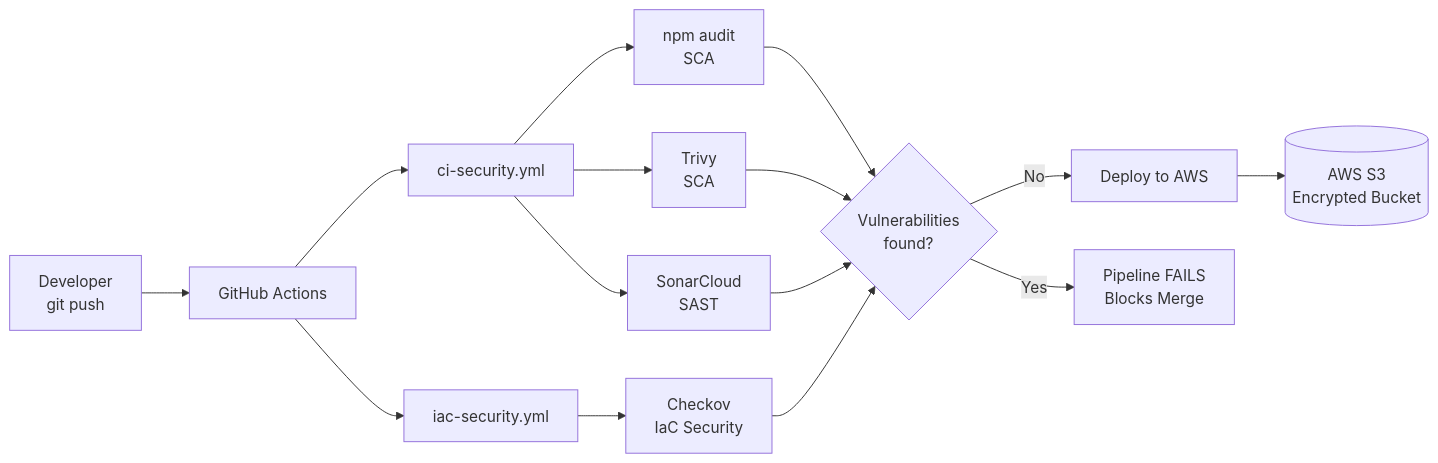
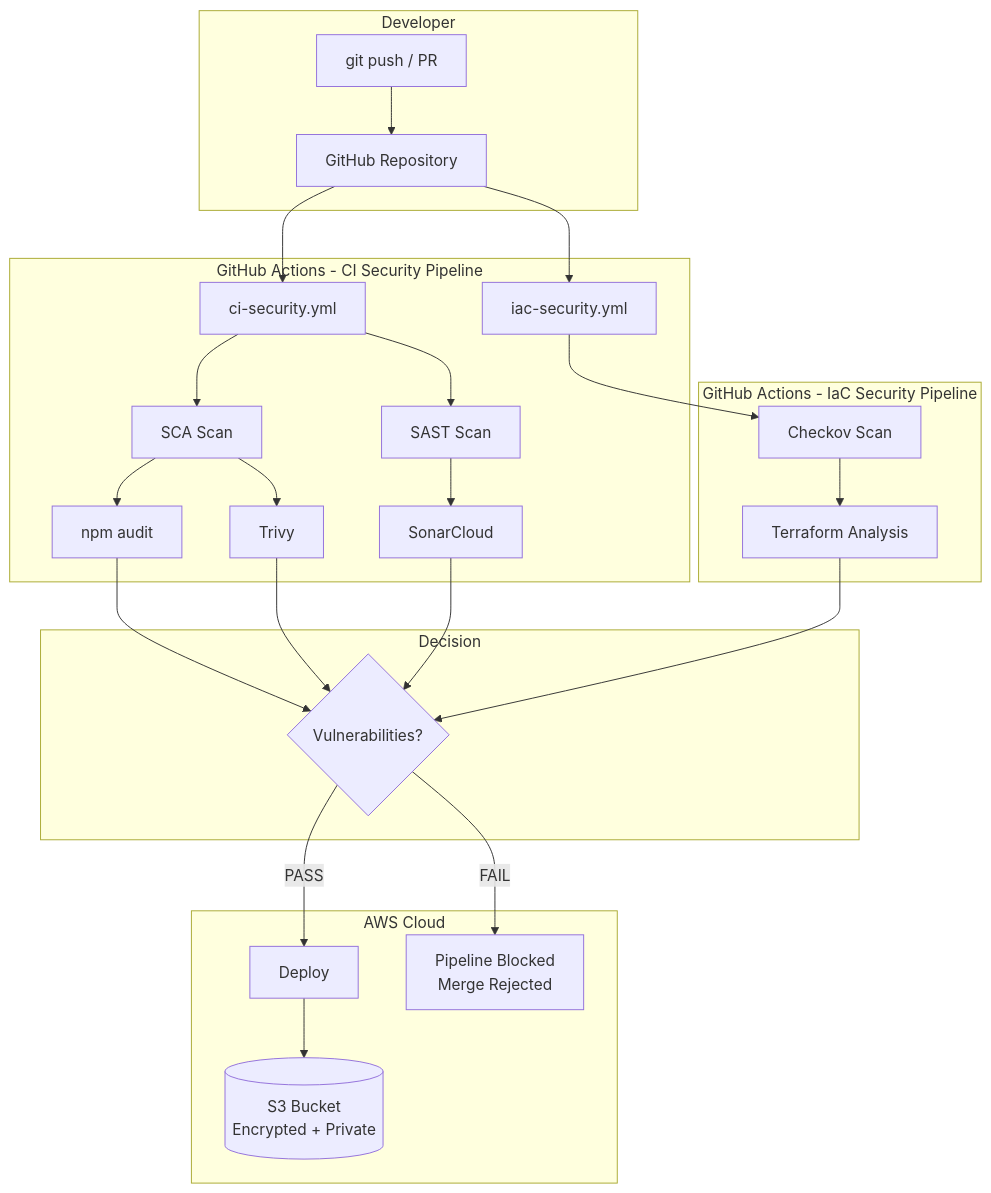
One commit to 01RodrigoHenriques/devsecops-pipeline changed the diagram in README.md. Above: the diagram before and after it, drawn with Mermaid. The commit also changed other lines of this file and 4 other files, not shown here.

First line of the commit message:
feat: Resolve configuração do SonarCloud e finaliza documentação de segurança

````diff
--- a/README.md
+++ b/README.md
@@ -9,22 +9,37 @@
 ```mermaid
-flowchart LR
-    A[Developer<br/>git push] --> B[GitHub Actions]
-    B --> C[ci-security.yml]
-    B --> D[iac-security.yml]
+flowchart TB
+    subgraph Developer
+        A[git push / PR] --> B[GitHub Repository]
+    end
 
-    C --> E[npm audit<br/>SCA]
-    C --> F[Trivy<br/>SCA]
-    C --> G[SonarCloud<br/>SAST]
+    subgraph "GitHub Actions - CI Security Pipeline"
+        B --> C[ci-security.yml]
+        B --> D[iac-security.yml]
 
-    D --> H[Checkov<br/>IaC Security]
+        C --> E["SCA Scan"]
+        C --> F["SAST Scan"]
 
-    E --> I{Vulnerabilities<br/>found?}
-    F --> I
-    G --> I
-    H --> I
+        E --> E1[npm audit]
+        E --> E2[Trivy]
 
-    I -->|No| J[Deploy to AWS]
-    I -->|Yes| K[Pipeline FAILS<br/>Blocks Merge]
+        F --> F1[SonarCloud]
+    end
 
-    J --> L[(AWS S3<br/>Encrypted Bucket)]
+    subgraph "GitHub Actions - IaC Security Pipeline"
+        D --> G["Checkov Scan"]
+        G --> G1[Terraform Analysis]
+    end
+
+    subgraph Decision
+        E1 --> H{Vulnerabilities?}
+        E2 --> H
+        F1 --> H
+        G1 --> H
+    end
+
+    subgraph "AWS Cloud"
+        H -->|PASS| I[Deploy]
+        I --> J[(S3 Bucket\nEncrypted + Private)]
+        H -->|FAIL| K[Pipeline Blocked\nMerge Rejected]
+    end
 ```
````
